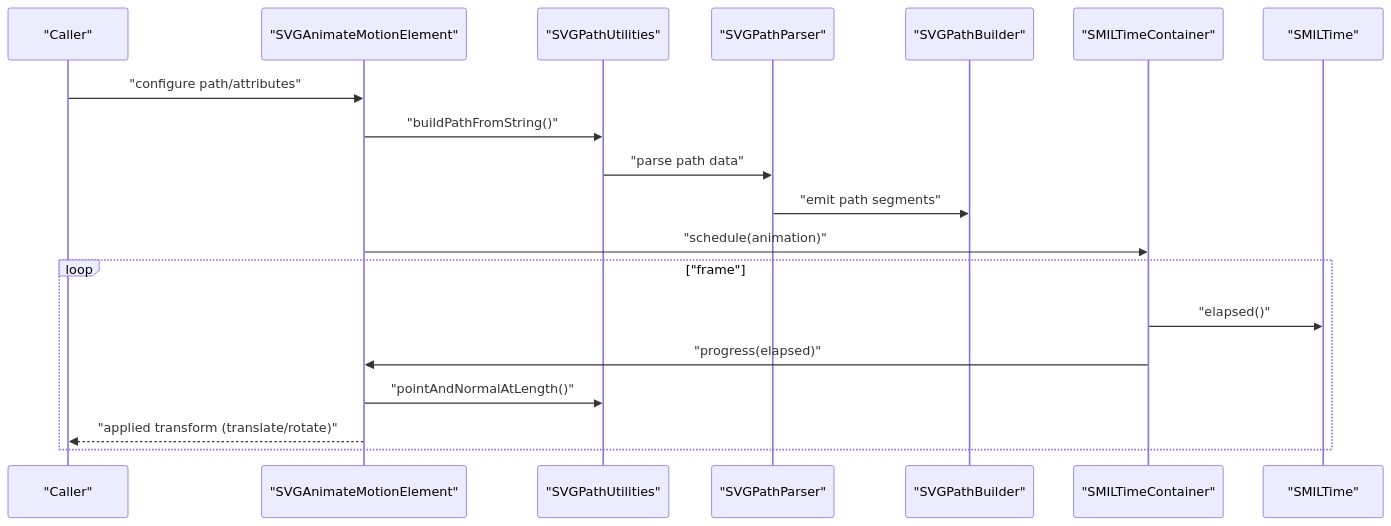
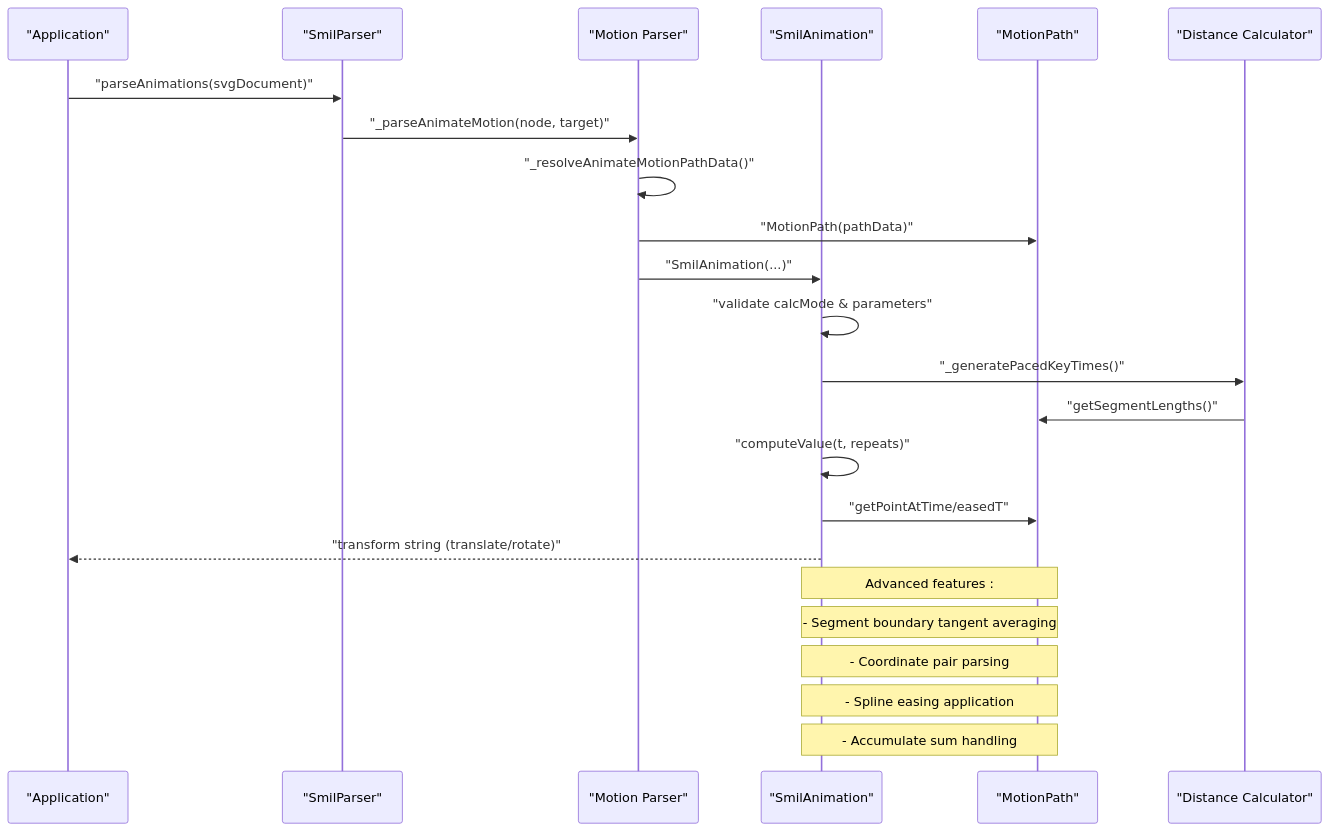
Before and after one commit to denisnadey/flutter_full_svg_support: the second of 6 diagrams in .qoder/repowiki/en/content/Animated SVG Support/Advanced Animation Features/Motion Animation and Path Tracking.md, drawn with Mermaid. The commit also changed other lines of this file and 31 other files, not shown here.

First line of the commit message:
feat(smil-animation): implement advanced motion animation and path tracking

````diff
--- a/.qoder/repowiki/en/content/Animated SVG Support/Advanced Animation Features/Motion Animation and Path Tracking.md
+++ b/.qoder/repowiki/en/content/Animated SVG Support/Advanced Animation Features/Motion Animation and Path Tracking.md
@@ -116,21 +142,25 @@
 ```mermaid
 sequenceDiagram
-participant App as "Caller"
-participant AMP as "SVGAnimateMotionElement"
-participant PUtil as "SVGPathUtilities"
-participant PParser as "SVGPathParser"
-participant PBuilder as "SVGPathBuilder"
-participant STC as "SMILTimeContainer"
-participant ST as "SMILTime"
-App->>AMP : "configure path/attributes"
-AMP->>PUtil : "buildPathFromString()"
-PUtil->>PParser : "parse path data"
-PParser->>PBuilder : "emit path segments"
-AMP->>STC : "schedule(animation)"
-loop "frame"
-STC->>ST : "elapsed()"
-STC->>AMP : "progress(elapsed)"
-AMP->>PUtil : "pointAndNormalAtLength()"
-AMP-->>App : "applied transform (translate/rotate)"
-end
+participant App as "Application"
+participant SP as "SmilParser"
+participant SPM as "Motion Parser"
+participant SA as "SmilAnimation"
+participant MP as "MotionPath"
+participant DC as "Distance Calculator"
+App->>SP : "parseAnimations(svgDocument)"
+SP->>SPM : "_parseAnimateMotion(node, target)"
+SPM->>SPM : "_resolveAnimateMotionPathData()"
+SPM->>MP : "MotionPath(pathData)"
+SPM->>SA : "SmilAnimation(...)"
+SA->>SA : "validate calcMode & parameters"
+SA->>DC : "_generatePacedKeyTimes()"
+DC->>MP : "getSegmentLengths()"
+SA->>SA : "computeValue(t, repeats)"
+SA->>MP : "getPointAtTime/easedT"
+SA-->>App : "transform string (translate/rotate)"
+Note over SA,MP : Advanced features :
+Note over SA,MP : - Segment boundary tangent averaging
+Note over SA,MP : - Coordinate pair parsing
+Note over SA,MP : - Spline easing application
+Note over SA,MP : - Accumulate sum handling
 ```
````
